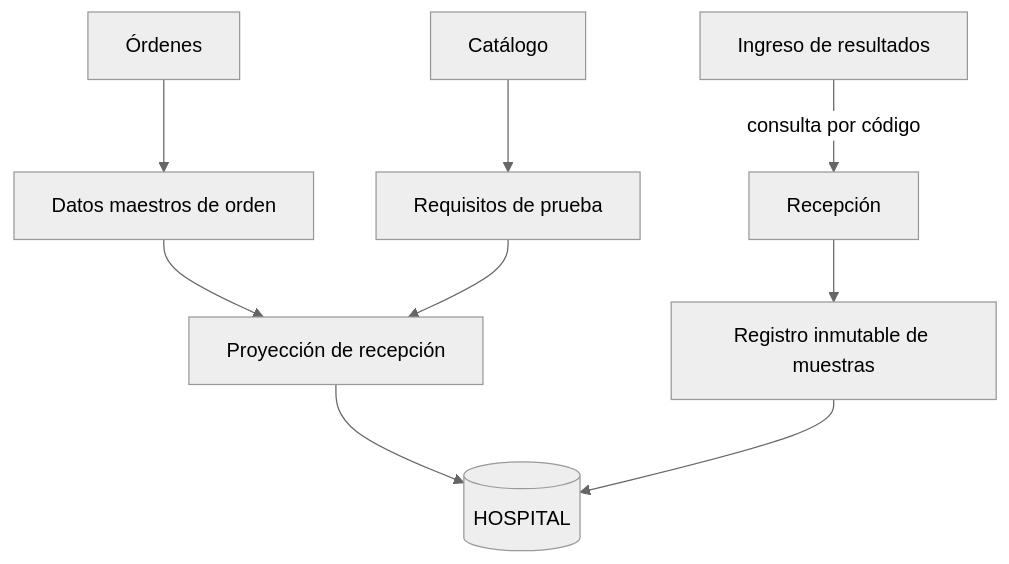
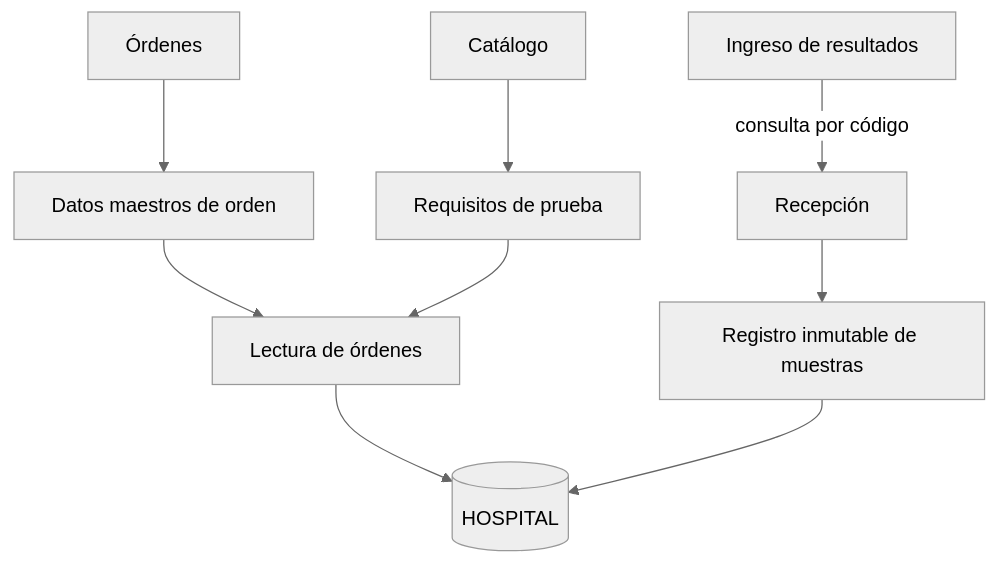
The second of 2 diagrams in docs/recepcion-muestras/semana-04/README.md (AxelHerrera11/sistema-hospitalario-integrado), drawn with Mermaid (neutral theme) before and after one commit. The commit also changed other lines of this file and 2 other files, not shown here.

Commit message:
fix(asii-18): cerrar contrato, formato y evidencia local de #691

```diff
--- a/docs/recepcion-muestras/semana-04/README.md
+++ b/docs/recepcion-muestras/semana-04/README.md
@@ -60,11 +60,11 @@
 ~~~mermaid
 flowchart TD
   Ordenes[Órdenes] --> Maestros[Datos maestros de orden]
   Catalogo[Catálogo] --> Requisitos[Requisitos de prueba]
-  Maestros --> Proyeccion[Proyección de recepción]
-  Requisitos --> Proyeccion
+  Maestros --> Gateway[Lectura de órdenes]
+  Requisitos --> Gateway
   Recepcion[Recepción] --> Muestras[Registro inmutable de muestras]
-  Proyeccion --> Hospital[(HOSPITAL)]
+  Gateway --> Hospital[(HOSPITAL)]
   Muestras --> Hospital
   Resultados[Ingreso de resultados] -->|consulta por código| Recepcion
 ~~~
```
